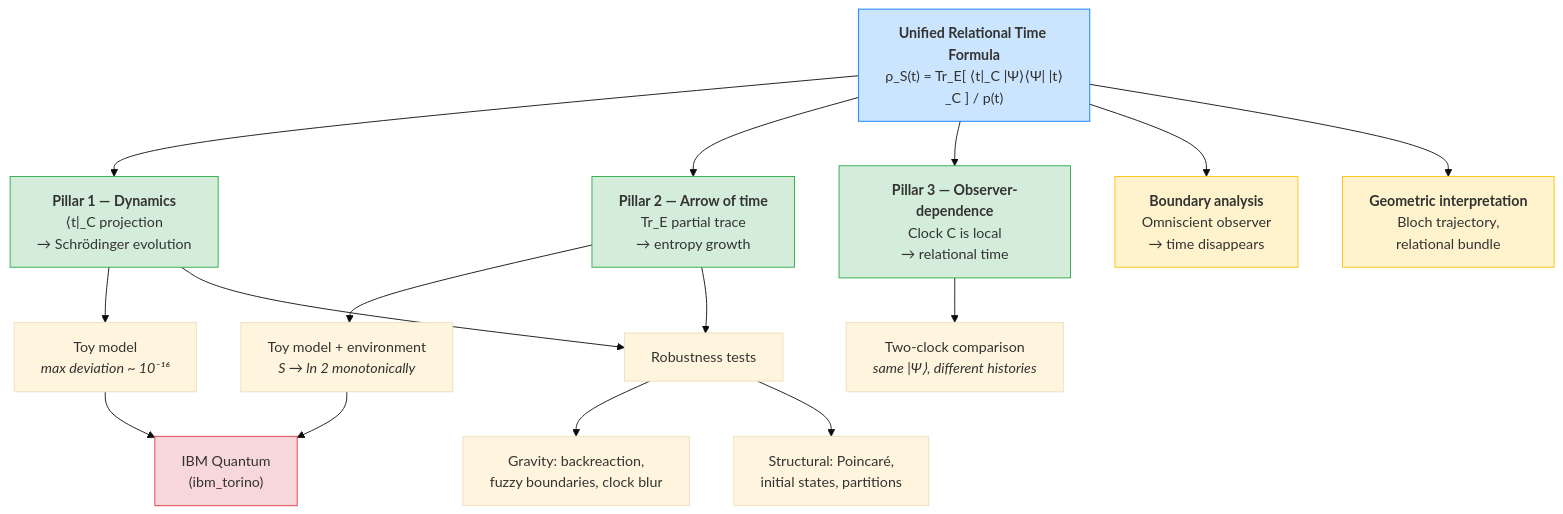
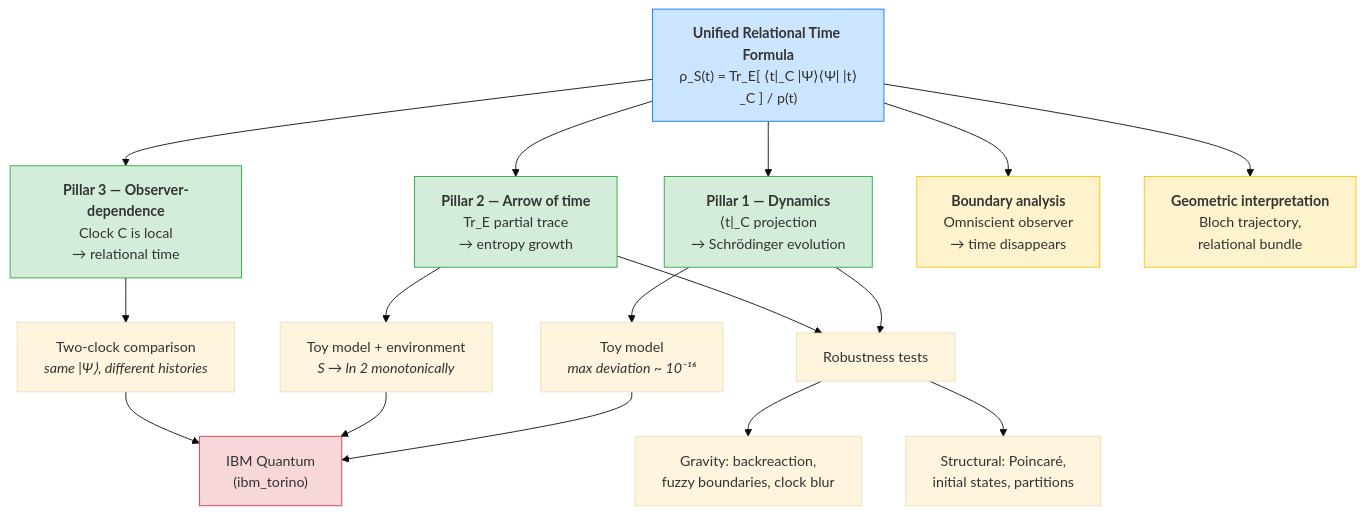
One commit to gabgiani/paw-toymodel changed the diagram in README.md. Above: the diagram before and after it, drawn with Mermaid (base theme). The commit also changed other lines of this file and 5 other files, not shown here.

````diff
--- a/README.md
+++ b/README.md
@@ -25,32 +25,33 @@
 ```mermaid
 flowchart TD
     F["<b>Unified Relational Time Formula</b><br/>ρ_S(t) = Tr_E[ ⟨t|_C |Ψ⟩⟨Ψ| |t⟩_C ] / p(t)"]
 
     F --> P1["<b>Pillar 1 — Dynamics</b><br/>⟨t|_C projection<br/>→ Schrödinger evolution"]
     F --> P2["<b>Pillar 2 — Arrow of time</b><br/>Tr_E partial trace<br/>→ entropy growth"]
     F --> P3["<b>Pillar 3 — Observer-dependence</b><br/>Clock C is local<br/>→ relational time"]
 
     P1 --> V1["Toy model<br/><i>max deviation ~ 10⁻¹⁶</i>"]
     P2 --> V2["Toy model + environment<br/><i>S → ln 2 monotonically</i>"]
     P3 --> V3["Two-clock comparison<br/><i>same |Ψ⟩, different histories</i>"]
 
     V1 --> QPU["IBM Quantum<br/>(ibm_torino)"]
     V2 --> QPU
+    V3 --> QPU
 
     P1 --> R["Robustness tests"]
     P2 --> R
     R --> RG["Gravity: backreaction,<br/>fuzzy boundaries, clock blur"]
     R --> RS["Structural: Poincaré,<br/>initial states, partitions"]
 
     F --> GO["<b>Boundary analysis</b><br/>Omniscient observer<br/>→ time disappears"]
 
     F --> GEO["<b>Geometric interpretation</b><br/>Bloch trajectory,<br/>relational bundle"]
 
     style F fill:#cce5ff,stroke:#007bff
     style P1 fill:#d4edda,stroke:#28a745
     style P2 fill:#d4edda,stroke:#28a745
     style P3 fill:#d4edda,stroke:#28a745
     style QPU fill:#f8d7da,stroke:#dc3545
     style GO fill:#fff3cd,stroke:#ffc107
     style GEO fill:#fff3cd,stroke:#ffc107
 ```
````
